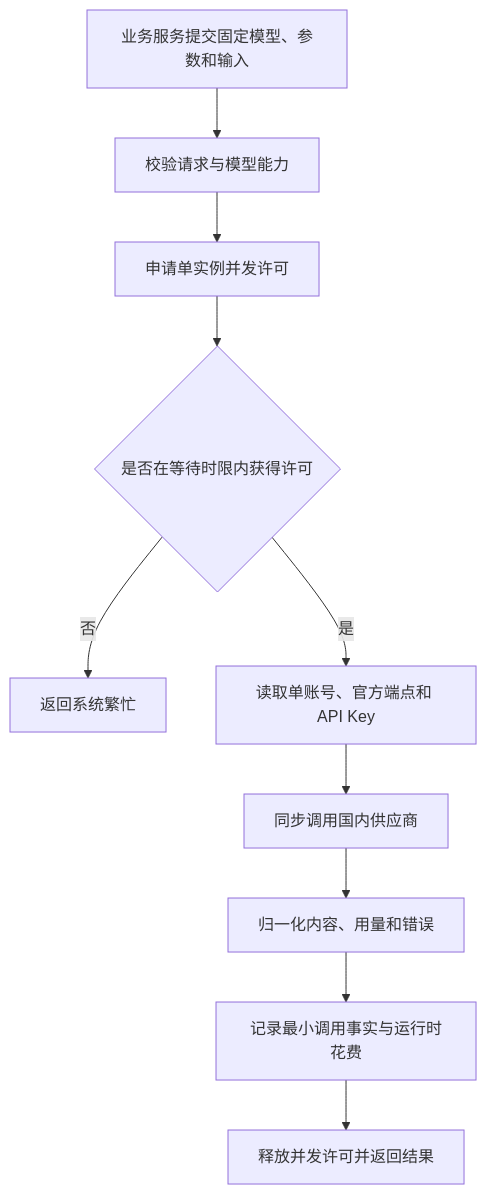
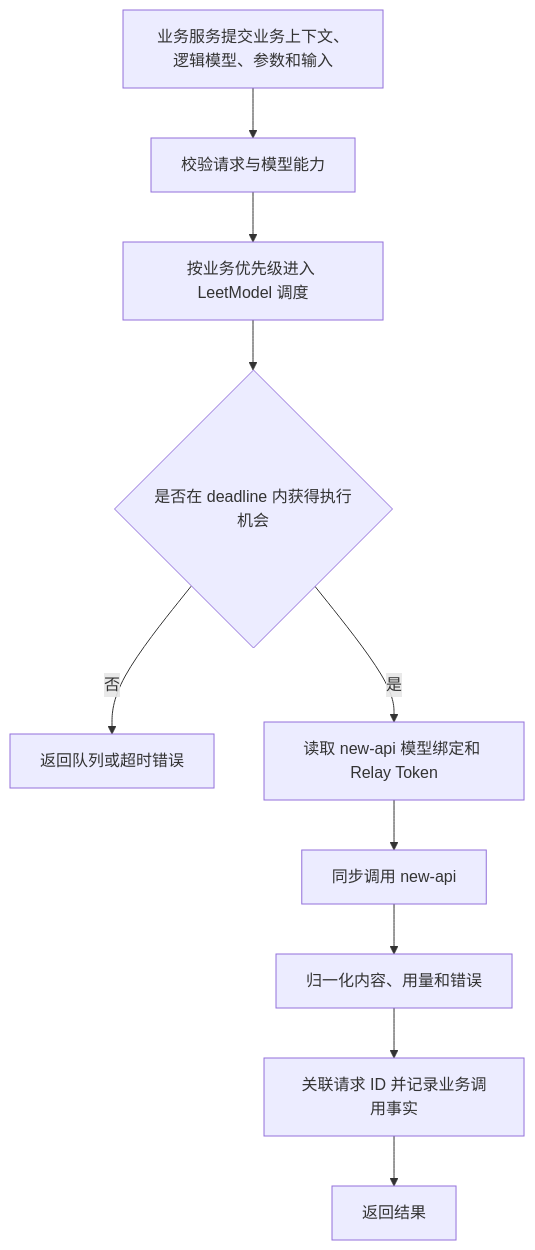
The first of 2 diagrams in docs/project/03-微服务设计/ai-gateway-service/01-统一调用与路由.md (Dorian7Alden/LeetModel), drawn with Mermaid before and after one commit. The commit also changed other lines of this file and 18 other files, not shown here.

````diff
--- a/docs/project/03-微服务设计/ai-gateway-service/01-统一调用与路由.md
+++ b/docs/project/03-微服务设计/ai-gateway-service/01-统一调用与路由.md
@@ -7,12 +7,12 @@
 ```mermaid
 flowchart TD
-    A[业务服务提交固定模型、参数和输入] --> B[校验请求与模型能力]
-    B --> C[申请单实例并发许可]
-    C --> D{是否在等待时限内获得许可}
-    D -- 否 --> E[返回系统繁忙]
-    D -- 是 --> F[读取单账号、官方端点和 API Key]
-    F --> G[同步调用国内供应商]
+    A[业务服务提交业务上下文、逻辑模型、参数和输入] --> B[校验请求与模型能力]
+    B --> C[按业务优先级进入 LeetModel 调度]
+    C --> D{是否在 deadline 内获得执行机会}
+    D -- 否 --> E[返回队列或超时错误]
+    D -- 是 --> F[读取 new-api 模型绑定和 Relay Token]
+    F --> G[同步调用 new-api]
     G --> H[归一化内容、用量和错误]
-    H --> I[记录最小调用事实与运行时花费]
-    I --> J[释放并发许可并返回结果]
+    H --> I[关联请求 ID 并记录业务调用事实]
+    I --> J[返回结果]
 ```
````
